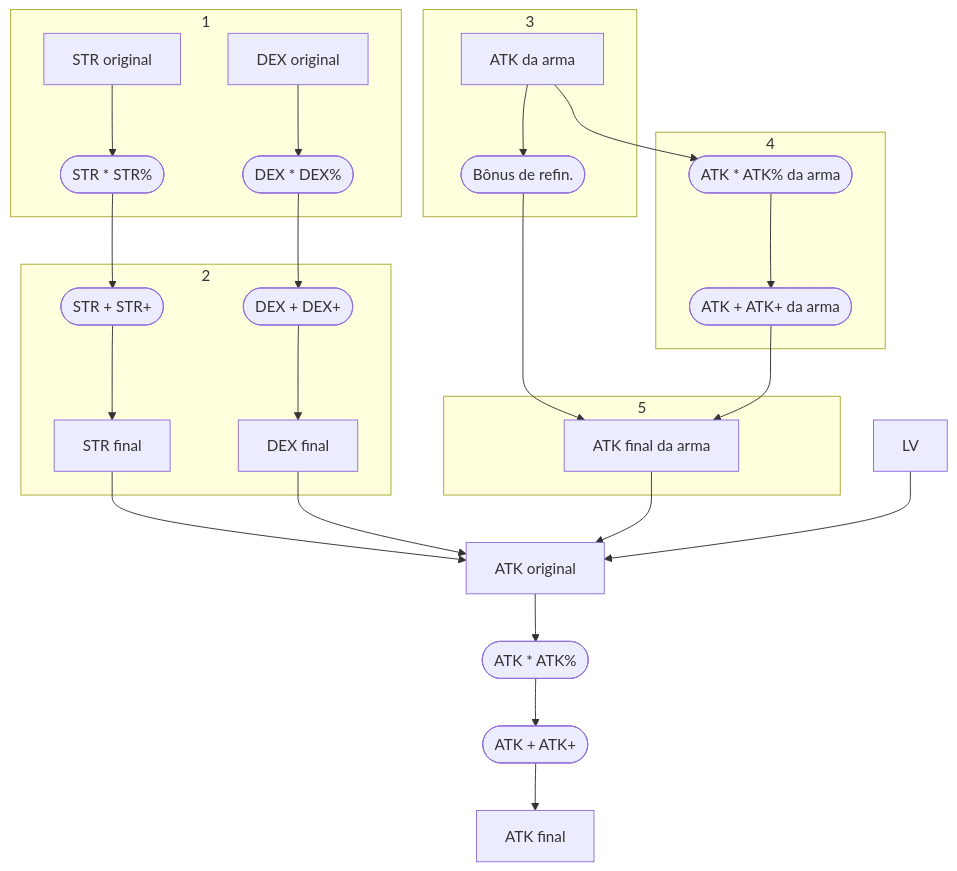
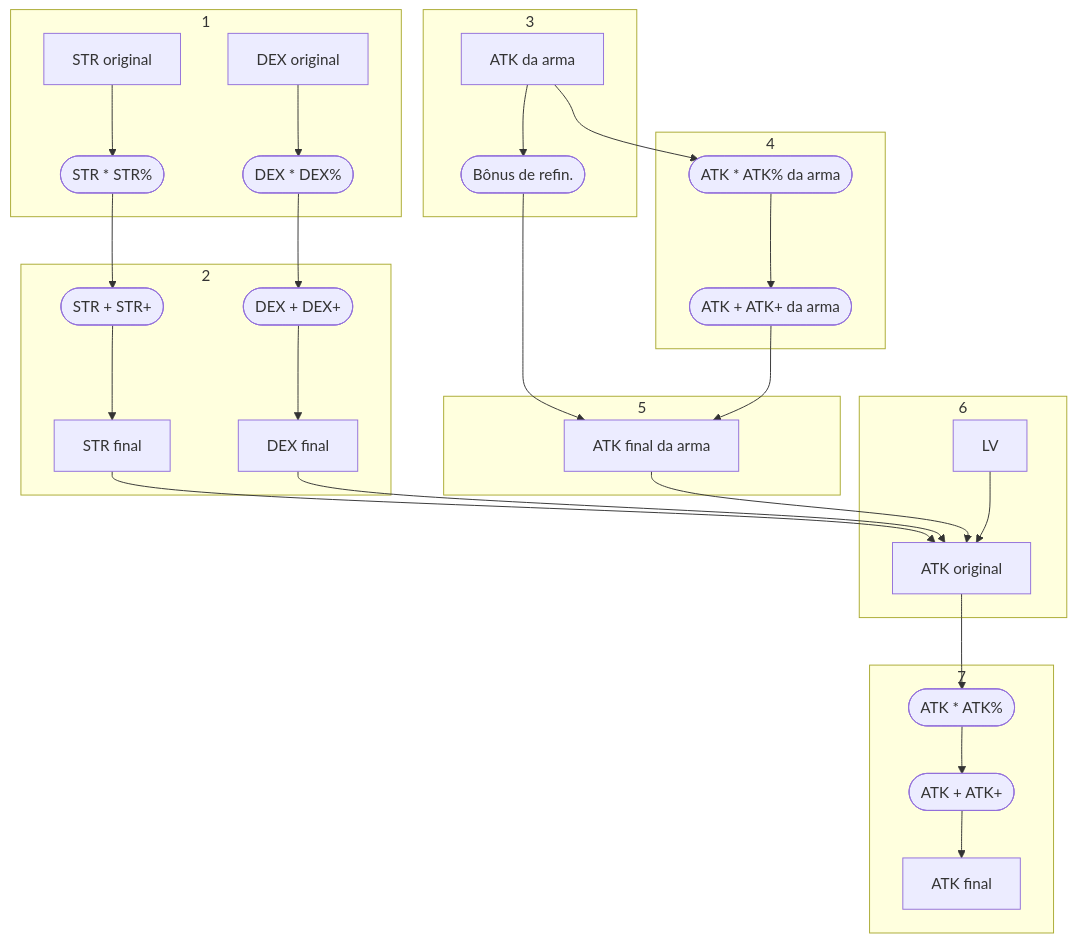
The diagram in 2024-07-09-Toram_Status.md (MateusRyu/Shikigami), drawn with Mermaid before and after one commit.

Commit message:
vault backup: 2024-07-09 02:12:19
Affected files:
2024-07-09-Toram_Status.md

````diff
--- a/2024-07-09-Toram_Status.md
+++ b/2024-07-09-Toram_Status.md
@@ -66,29 +66,32 @@
 ```mermaid
 flowchart TD
 subgraph 1
 a[STR original] --> a1([STR * STR%]) 
 b[DEX original] --> b1([DEX * DEX%])
 end
 
 subgraph 2
 a1 --> a2([STR + STR+]) --> a3[STR final]
 b1 --> b2([DEX + DEX+]) --> b3[DEX final]
 end
 
 subgraph 3
 c[ATK da arma] --> c0([Bônus de refin.]) 
 end
 
 subgraph 4
 c --> c1([ATK * ATK% da arma]) --> c2([ATK + ATK+ da arma])
 end
 
 subgraph 5
 c0 & c2 --> c3[ATK final da arma]
 end
 
+subgraph 6
 a3 & b3 & c3 & d[LV]  --> e[ATK original]
+end
+
+subgraph 7
 e --> e1([ATK * ATK%]) --> e2([ATK + ATK+]) --> e3[ATK final]
-
-
+end
 ```
````
